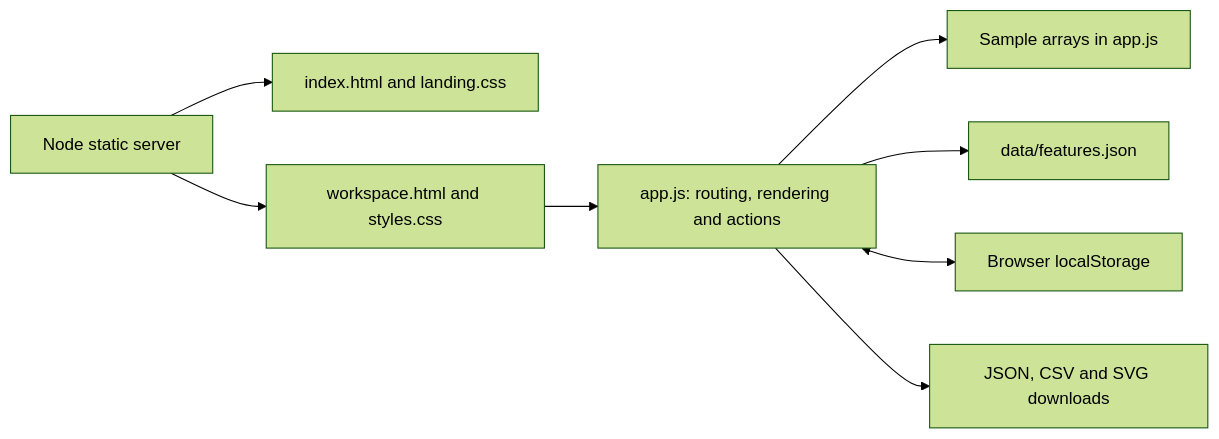
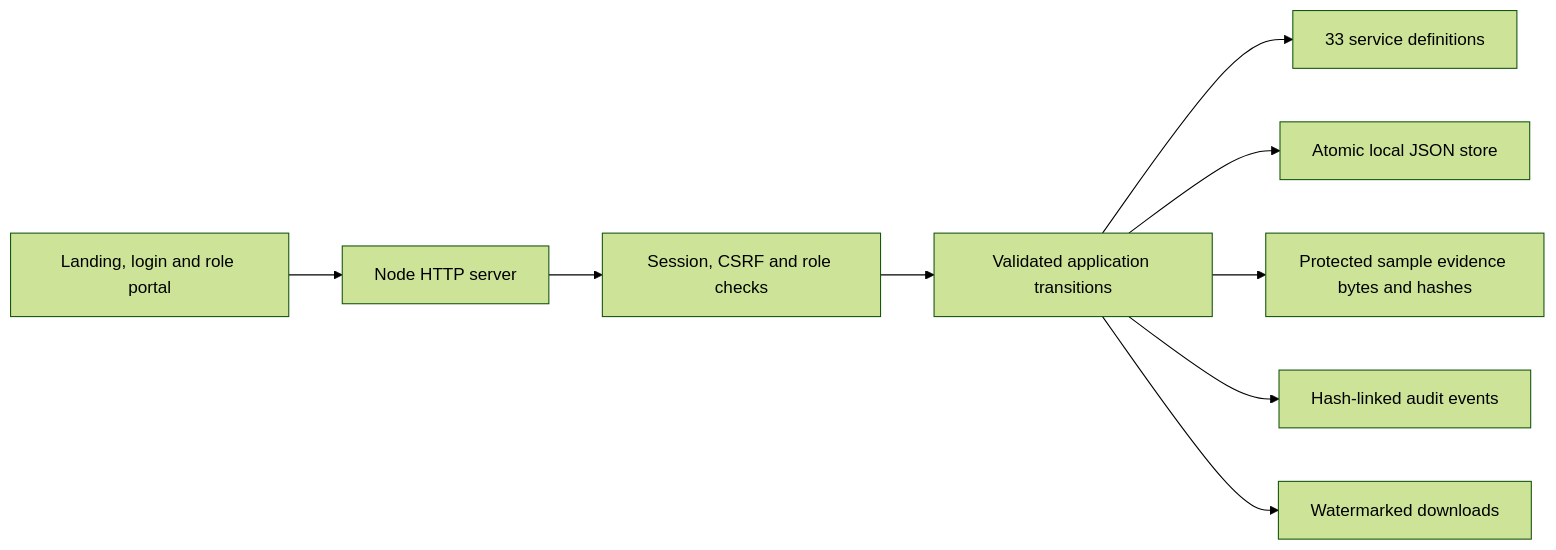
The second of 2 diagrams in README.md (Shreyalien/E-Bhumi), drawn with Mermaid (forest theme) before and after one commit. The commit also changed other lines of this file and 46 other files, not shown here.

Commit message:
Upgrade to e-Bhumi Role Platform v4: 33 service workflows, 10 role portals, and server-backed verification

````diff
--- a/README.md
+++ b/README.md
@@ -190,10 +187,11 @@
 ```mermaid
 flowchart LR
-    Server[Node static server] --> Landing[index.html and landing.css]
-    Server --> Shell[workspace.html and styles.css]
-    Shell --> App[app.js: routing, rendering and actions]
-    App --> Fixtures[Sample arrays in app.js]
-    App --> Manifest[data/features.json]
-    App <--> Storage[Browser localStorage]
-    App --> Files[JSON, CSV and SVG downloads]
+    Browser[Landing, login and role portal] --> HTTP[Node HTTP server]
+    HTTP --> Auth[Session, CSRF and role checks]
+    Auth --> Domain[Validated application transitions]
+    Domain --> Catalog[33 service definitions]
+    Domain --> Store[Atomic local JSON store]
+    Domain --> Evidence[Protected sample evidence bytes and hashes]
+    Domain --> Audit[Hash-linked audit events]
+    Domain --> Files[Watermarked downloads]
 ```
````
